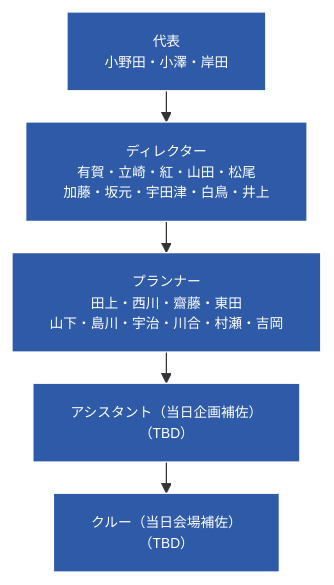
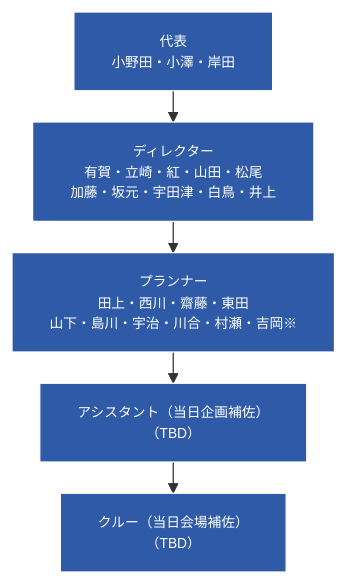
Before and after one commit to liofval/spikes_hr: the first of 3 diagrams in spikes-org-chart.md, drawn with Mermaid. The commit also changed other lines of this file and 1 other file, not shown here.

Commit message:
組織図: 吉岡を当日のみ（※）としてPOPUP配下に移動

````diff
--- a/spikes-org-chart.md
+++ b/spikes-org-chart.md
@@ -9,13 +9,13 @@
 ```mermaid
 %%{init: {'flowchart': {'nodeSpacing': 20, 'rankSpacing': 25}, 'themeVariables': {'fontSize': '11px'}}}%%
 graph TD
     R["代表<br/>小野田・小澤・岸田"]
     D["ディレクター<br/>有賀・立崎・紅・山田・松尾<br/>加藤・坂元・宇田津・白鳥・井上"]
-    P["プランナー<br/>田上・西川・齋藤・東田<br/>山下・島川・宇治・川合・村瀬・吉岡"]
+    P["プランナー<br/>田上・西川・齋藤・東田<br/>山下・島川・宇治・川合・村瀬・吉岡※"]
     A["アシスタント（当日企画補佐）<br/>（TBD）"]
     C["クルー（当日会場補佐）<br/>（TBD）"]
     R --> D --> P --> A --> C
 
     classDef role fill:#2e5aa8,stroke:#fff,color:#fff;
     class R,D,P,A,C role;
 ```
````
